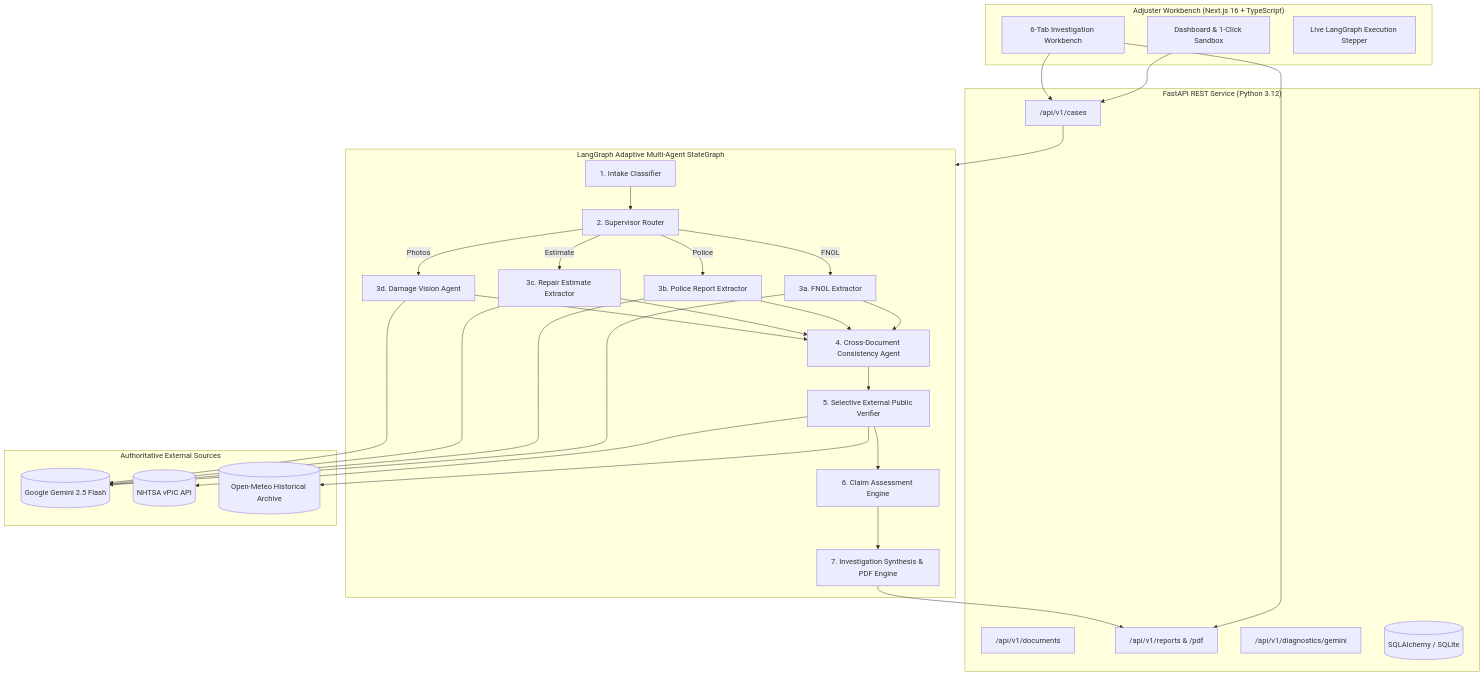
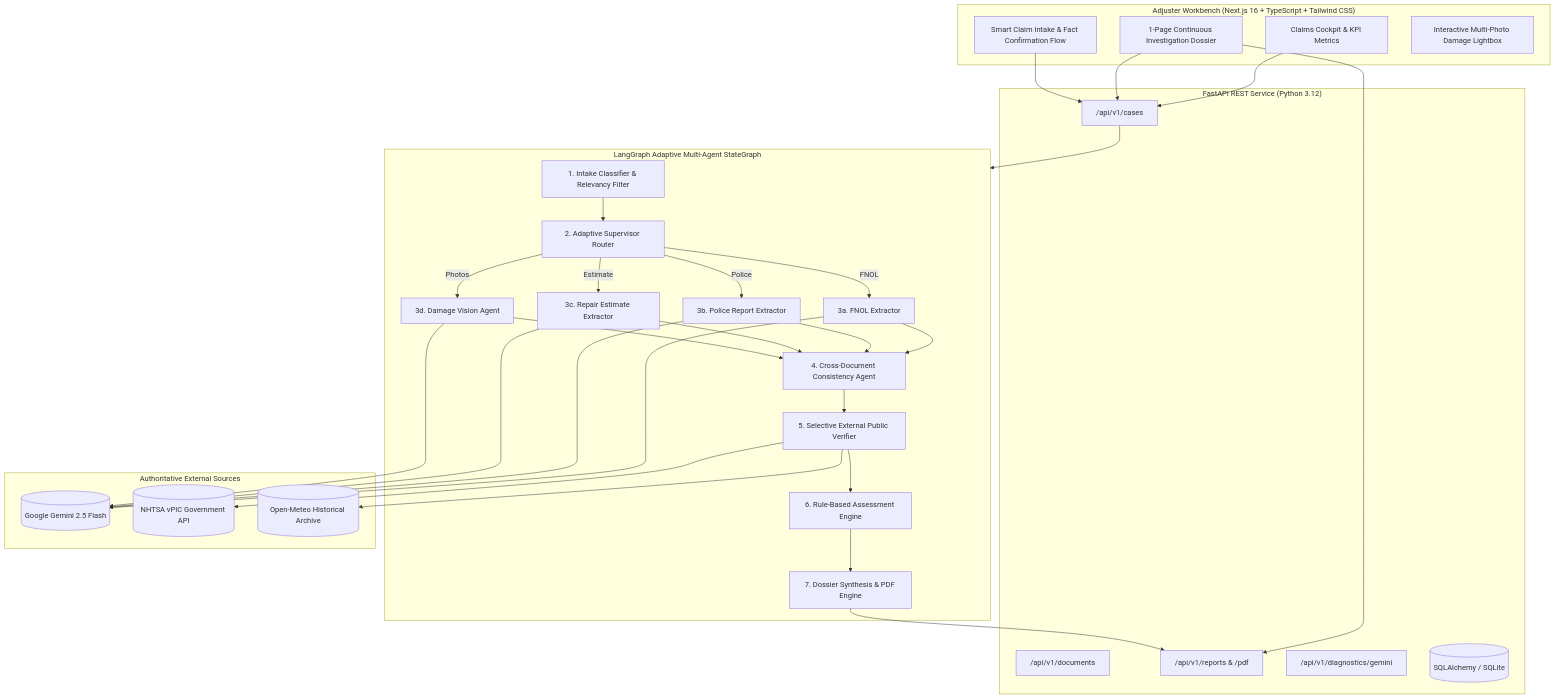
Before and after one commit to vishnu2006/ClaimScopeVM: the diagram in README.md, drawn with Mermaid. The commit also changed other lines of this file and 40 other files, not shown here.

Commit message:
feat: add image relevance guardrails, remove hardcoded data, and improve 1-page dossier

````diff
--- a/README.md
+++ b/README.md
@@ -63,53 +65,55 @@
 ```mermaid
 flowchart TD
-    subgraph UI ["Adjuster Workbench (Next.js 16 + TypeScript)"]
-        Dashboard["Dashboard & 1-Click Sandbox"]
-        Workbench["6-Tab Investigation Workbench"]
-        Stepper["Live LangGraph Execution Stepper"]
+    subgraph UI ["Adjuster Workbench (Next.js 16 + TypeScript + Tailwind CSS)"]
+        Dashboard["Claims Cockpit & KPI Metrics"]
+        Dossier["1-Page Continuous Investigation Dossier"]
+        Intake["Smart Claim Intake & Fact Confirmation Flow"]
+        Lightbox["Interactive Multi-Photo Damage Lightbox"]
     end
 
     subgraph Backend ["FastAPI REST Service (Python 3.12)"]
         CasesAPI["/api/v1/cases"]
         DocsAPI["/api/v1/documents"]
         ReportsAPI["/api/v1/reports & /pdf"]
         DiagAPI["/api/v1/diagnostics/gemini"]
         ORM[("SQLAlchemy / SQLite")]
     end
 
     subgraph Graph ["LangGraph Adaptive Multi-Agent StateGraph"]
-        Node1["1. Intake Classifier"]
-        Node2["2. Supervisor Router"]
+        Node1["1. Intake Classifier & Relevancy Filter"]
+        Node2["2. Adaptive Supervisor Router"]
         Node3a["3a. FNOL Extractor"]
         Node3b["3b. Police Report Extractor"]
         Node3c["3c. Repair Estimate Extractor"]
         Node3d["3d. Damage Vision Agent"]
         Node4["4. Cross-Document Consistency Agent"]
         Node5["5. Selective External Public Verifier"]
-        Node6["6. Claim Assessment Engine"]
-        Node7["7. Investigation Synthesis & PDF Engine"]
+        Node6["6. Rule-Based Assessment Engine"]
+        Node7["7. Dossier Synthesis & PDF Engine"]
     end
 
     subgraph External ["Authoritative External Sources"]
         Gemini[("Google Gemini 2.5 Flash")]
-        NHTSA[("NHTSA vPIC API")]
+        NHTSA[("NHTSA vPIC Government API")]
         Meteo[("Open-Meteo Historical Archive")]
     end
 
     Dashboard --> CasesAPI
-    Workbench --> CasesAPI
-    Workbench --> ReportsAPI
+    Dossier --> CasesAPI
+    Dossier --> ReportsAPI
+    Intake --> CasesAPI
     CasesAPI --> Graph
     Node1 --> Node2
     Node2 -->|FNOL| Node3a
     Node2 -->|Police| Node3b
     Node2 -->|Estimate| Node3c
     Node2 -->|Photos| Node3d
     Node3a & Node3b & Node3c & Node3d --> Node4
     Node4 --> Node5
     Node5 --> Node6
     Node6 --> Node7
     Node3a & Node3b & Node3c & Node3d --> Gemini
     Node5 --> NHTSA
     Node5 --> Meteo
     Node7 --> ReportsAPI
 ```
````
